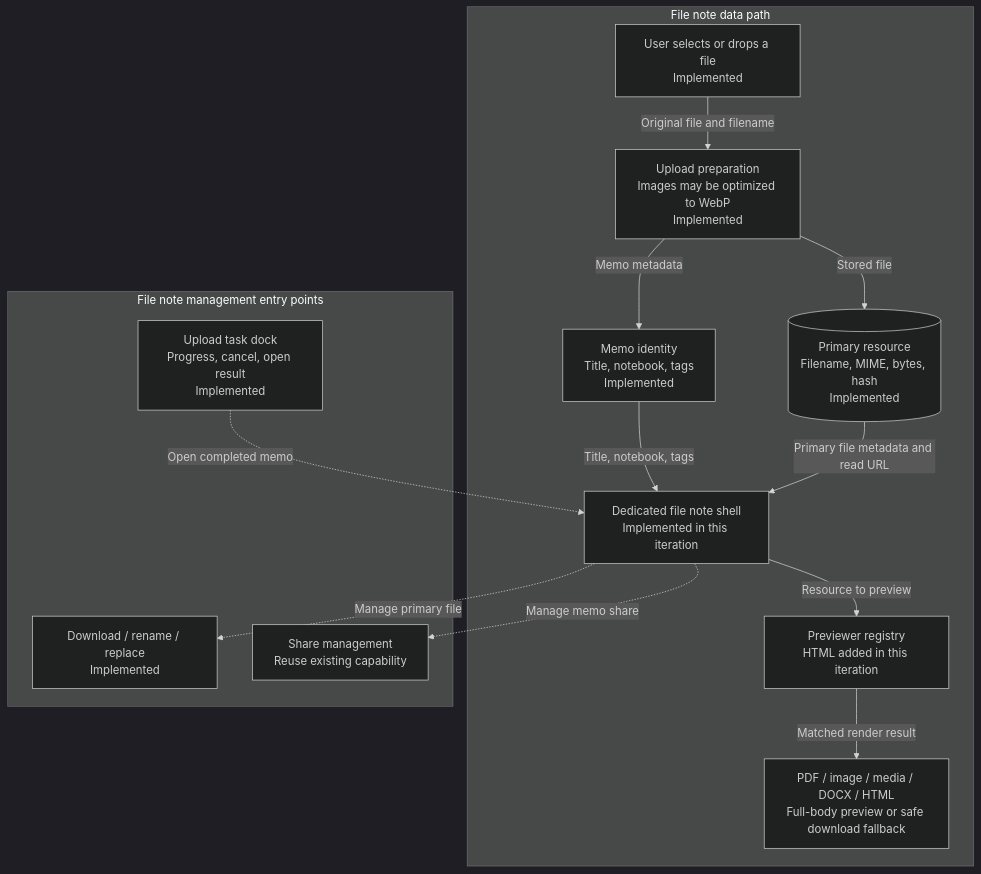
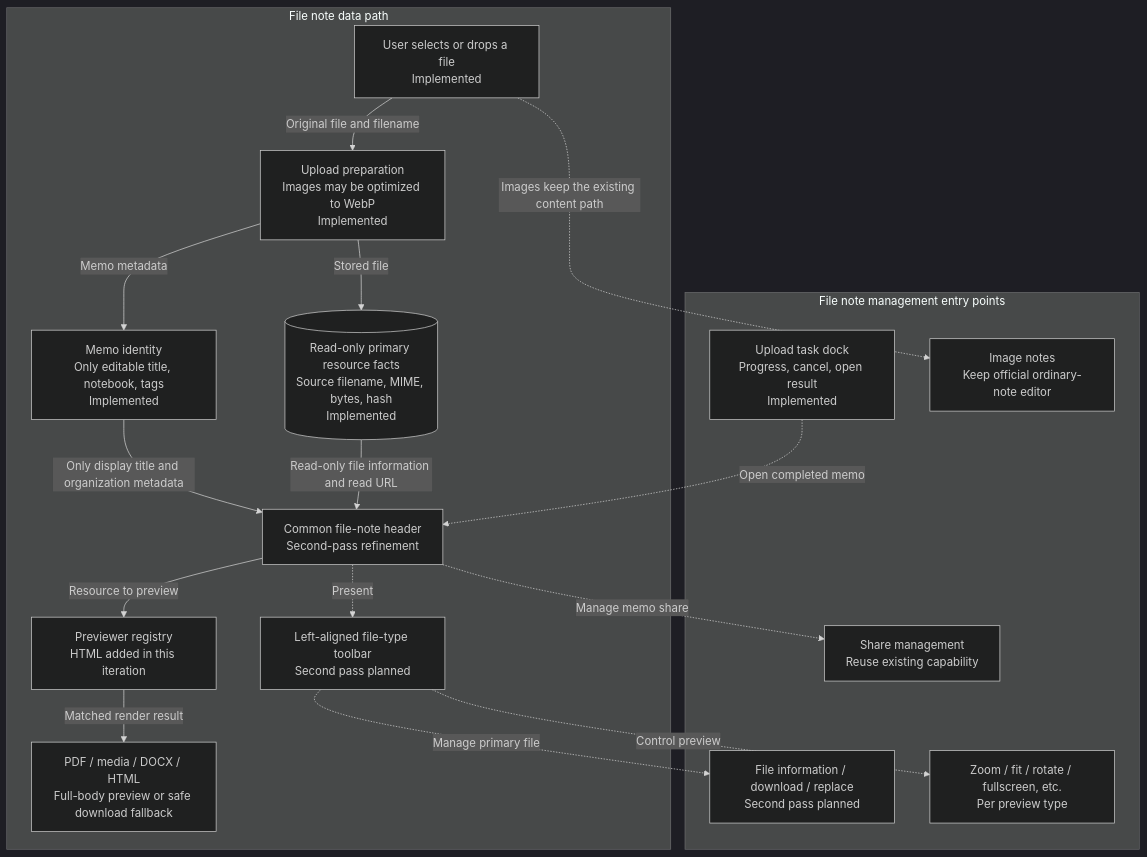
The diagram in docs/file-note-shell-html-preview-iteration.md (LarryGuan/edgeever), drawn with Mermaid (dark theme) before and after one commit. The commit also changed other lines of this file and 1 other file, not shown here.

Commit message:
docs: plan single-name file note toolbar

````diff
--- a/docs/file-note-shell-html-preview-iteration.md
+++ b/docs/file-note-shell-html-preview-iteration.md
@@ -41,30 +48,36 @@
 ```mermaid
 flowchart TB
     subgraph FLOW["File note data path"]
         INPUT["User selects or drops a file<br/>Implemented"]
         PREPARE["Upload preparation<br/>Images may be optimized to WebP<br/>Implemented"]
-        MEMO["Memo identity<br/>Title, notebook, tags<br/>Implemented"]
-        RESOURCE[("Primary resource<br/>Filename, MIME, bytes, hash<br/>Implemented")]
-        PANE["Dedicated file note shell<br/>Implemented in this iteration"]
+        MEMO["Memo identity<br/>Only editable title, notebook, tags<br/>Implemented"]
+        RESOURCE[("Read-only primary resource facts<br/>Source filename, MIME, bytes, hash<br/>Implemented")]
+        PANE["Common file-note header<br/>Second-pass refinement"]
+        TOOLBAR["Left-aligned file-type toolbar<br/>Second pass planned"]
         REGISTRY["Previewer registry<br/>HTML added in this iteration"]
-        RESULT["PDF / image / media / DOCX / HTML<br/>Full-body preview or safe download fallback"]
+        RESULT["PDF / media / DOCX / HTML<br/>Full-body preview or safe download fallback"]
 
         INPUT -->|"Original file and filename"| PREPARE
         PREPARE -->|"Memo metadata"| MEMO
         PREPARE -->|"Stored file"| RESOURCE
-        MEMO -->|"Title, notebook, tags"| PANE
-        RESOURCE -->|"Primary file metadata and read URL"| PANE
+        MEMO -->|"Only display title and organization metadata"| PANE
+        RESOURCE -->|"Read-only file information and read URL"| PANE
         PANE -->|"Resource to preview"| REGISTRY
         REGISTRY -->|"Matched render result"| RESULT
     end
 
     subgraph TOOLS["File note management entry points"]
-        ACTIONS["Download / rename / replace<br/>Implemented"]
+        ACTIONS["File information / download / replace<br/>Second pass planned"]
+        PREVIEW_ACTIONS["Zoom / fit / rotate / fullscreen, etc.<br/>Per preview type"]
         SHARE["Share management<br/>Reuse existing capability"]
         UPLOADS["Upload task dock<br/>Progress, cancel, open result<br/>Implemented"]
+        IMAGE_EDITOR["Image notes<br/>Keep official ordinary-note editor"]
     end
 
-    PANE -.->|"Manage primary file"| ACTIONS
+    PANE -.->|"Present"| TOOLBAR
+    TOOLBAR -.->|"Manage primary file"| ACTIONS
+    TOOLBAR -.->|"Control preview"| PREVIEW_ACTIONS
     PANE -.->|"Manage memo share"| SHARE
     UPLOADS -.->|"Open completed memo"| PANE
+    INPUT -.->|"Images keep the existing content path"| IMAGE_EDITOR
 ```
````
